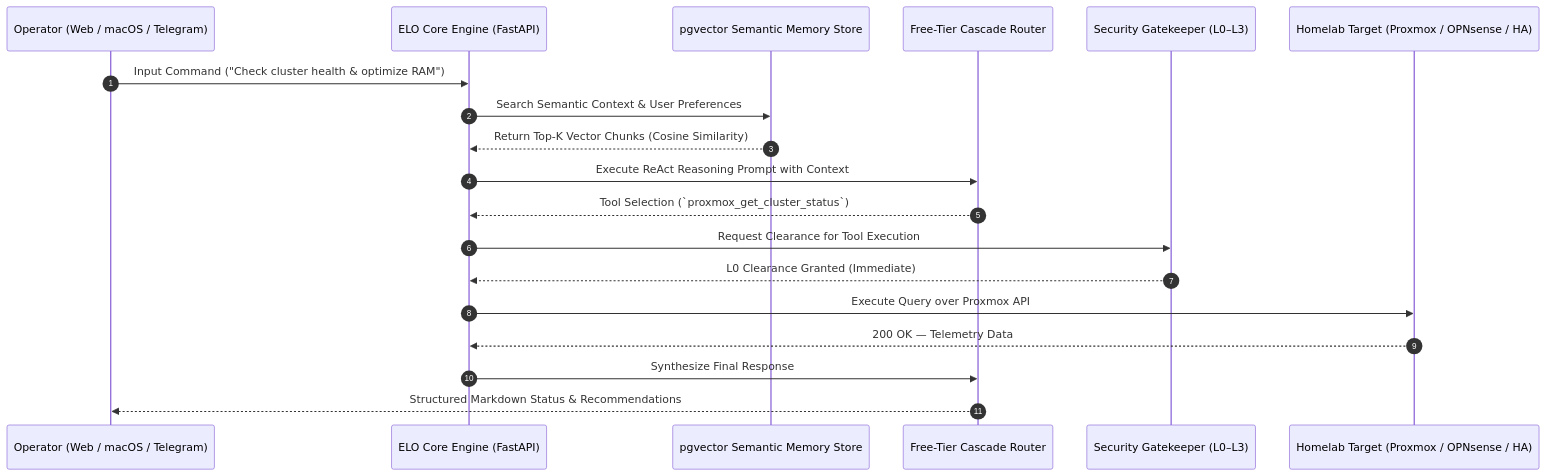
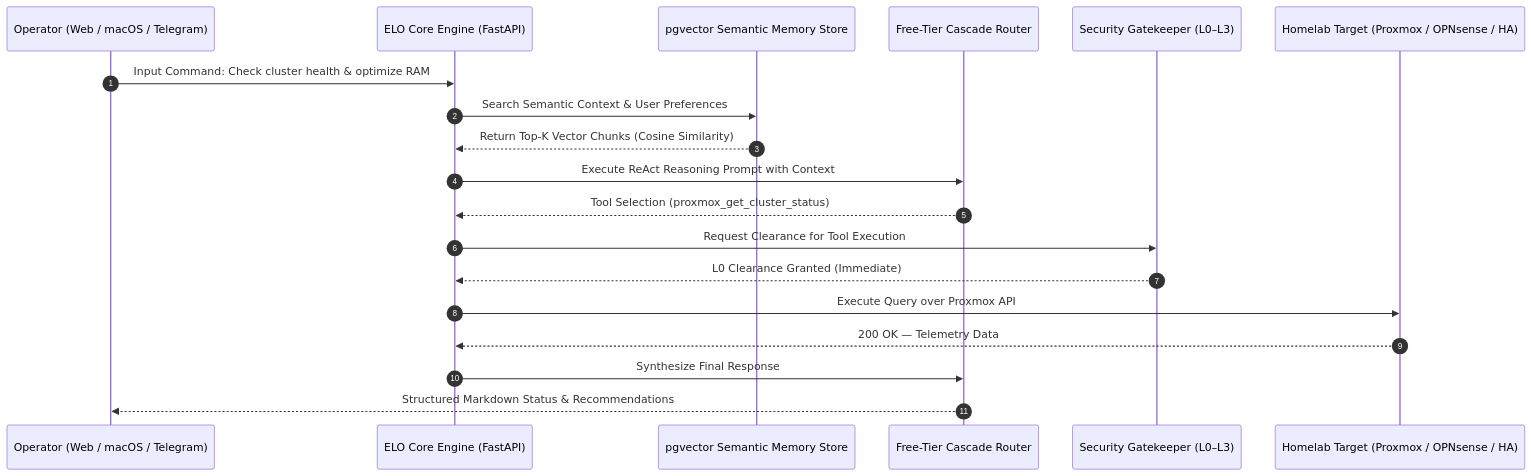
Before and after one commit to stefanutc1/datacenter: the third of 4 diagrams in ARCHITECTURE.md, drawn with Mermaid. The commit also changed other lines of this file and 6 other files, not shown here.

First line of the commit message:
fix(docs): repair broken Mermaid diagram syntax across markdown files

````diff
--- a/ARCHITECTURE.md
+++ b/ARCHITECTURE.md
@@ -115,22 +115,22 @@
 ```mermaid
 sequenceDiagram
     autonumber
     participant User as Operator (Web / macOS / Telegram)
     participant ELO as ELO Core Engine (FastAPI)
     participant Memory as pgvector Semantic Memory Store
     participant Router as Free-Tier Cascade Router
     participant Gatekeeper as Security Gatekeeper (L0–L3)
     participant Hardware as Homelab Target (Proxmox / OPNsense / HA)
 
-    User->>ELO: Input Command ("Check cluster health & optimize RAM")
+    User->>ELO: Input Command: Check cluster health & optimize RAM
     ELO->>Memory: Search Semantic Context & User Preferences
     Memory-->>ELO: Return Top-K Vector Chunks (Cosine Similarity)
     ELO->>Router: Execute ReAct Reasoning Prompt with Context
-    Router-->>ELO: Tool Selection (`proxmox_get_cluster_status`)
+    Router-->>ELO: Tool Selection (proxmox_get_cluster_status)
     ELO->>Gatekeeper: Request Clearance for Tool Execution
     Gatekeeper-->>ELO: L0 Clearance Granted (Immediate)
     ELO->>Hardware: Execute Query over Proxmox API
     Hardware-->>ELO: 200 OK — Telemetry Data
     ELO->>Router: Synthesize Final Response
     Router-->>User: Structured Markdown Status & Recommendations
 ```
````
